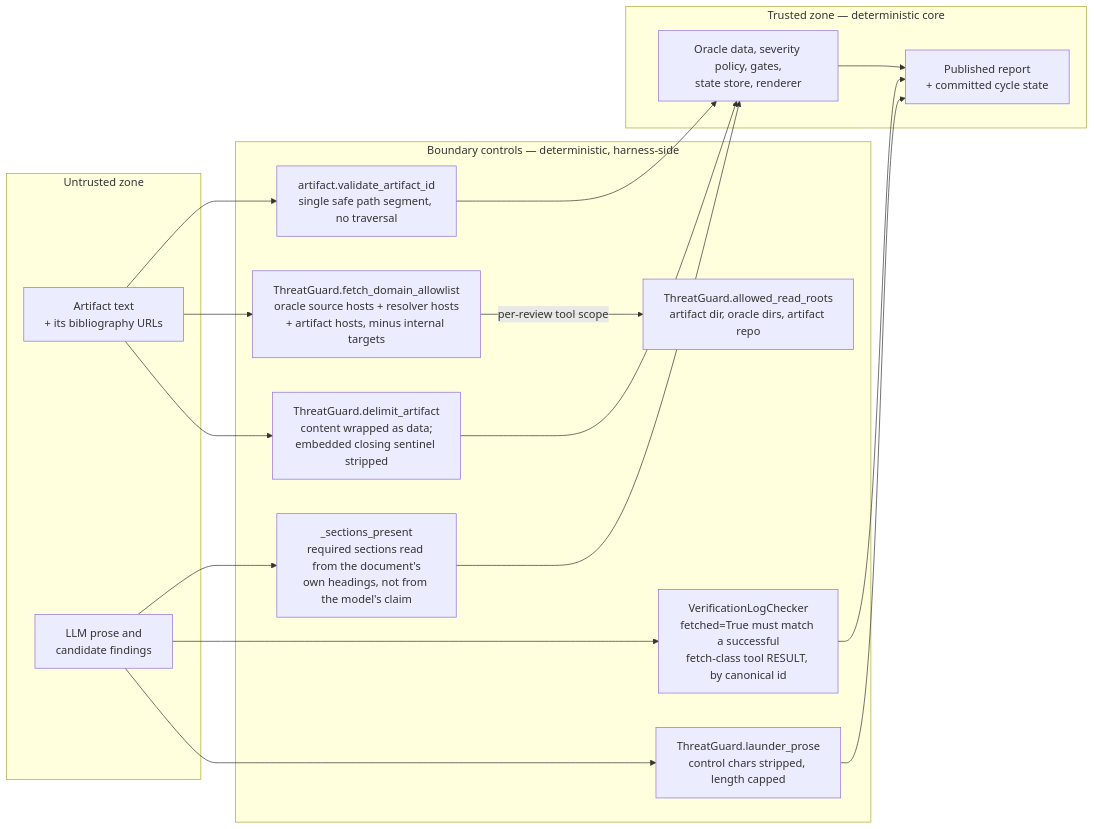
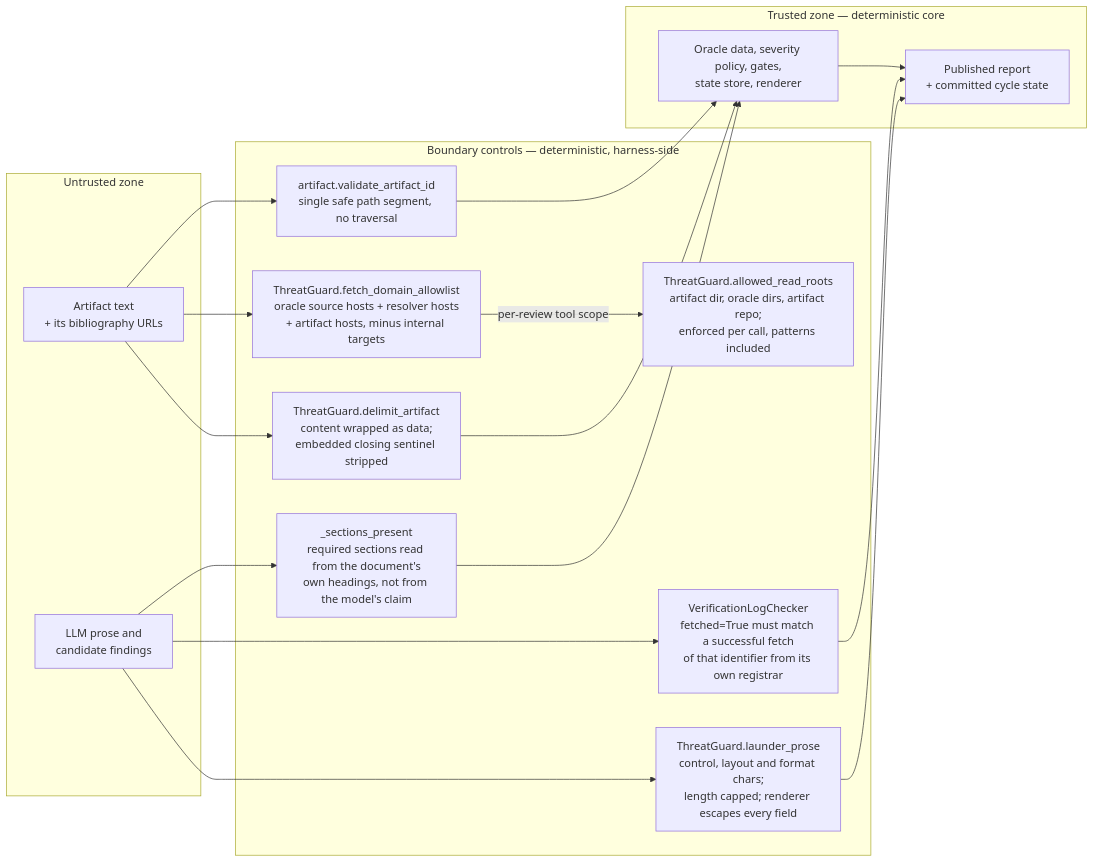
Before and after one commit to ianshank/Creative-agent-: the sixth of 6 diagrams in docs/architecture.md, drawn with Mermaid. The commit also changed other lines of this file and 1 other file, not shown here.

````diff
--- a/docs/architecture.md
+++ b/docs/architecture.md
@@ -419,31 +469,31 @@
 ```mermaid
 flowchart LR
     subgraph untrusted["Untrusted zone"]
         art["Artifact text<br/>+ its bibliography URLs"]
         modelout["LLM prose and<br/>candidate findings"]
     end
 
     subgraph boundary["Boundary controls — deterministic, harness-side"]
         delimit["ThreatGuard.delimit_artifact<br/>content wrapped as data;<br/>embedded closing sentinel stripped"]
         allow["ThreatGuard.fetch_domain_allowlist<br/>oracle source hosts + resolver hosts<br/>+ artifact hosts, minus internal targets"]
-        roots["ThreatGuard.allowed_read_roots<br/>artifact dir, oracle dirs, artifact repo"]
+        roots["ThreatGuard.allowed_read_roots<br/>artifact dir, oracle dirs, artifact repo;<br/>enforced per call, patterns included"]
         idcheck["artifact.validate_artifact_id<br/>single safe path segment, no traversal"]
-        launder["ThreatGuard.launder_prose<br/>control chars stripped, length capped"]
-        honesty["VerificationLogChecker<br/>fetched=True must match a successful<br/>fetch-class tool RESULT, by canonical id"]
+        launder["ThreatGuard.launder_prose<br/>control, layout and format chars;<br/>length capped; renderer escapes every field"]
+        honesty["VerificationLogChecker<br/>fetched=True must match a successful fetch<br/>of that identifier from its own registrar"]
         sections["_sections_present<br/>required sections read from the document's<br/>own headings, not from the model's claim"]
     end
 
     subgraph trusted["Trusted zone — deterministic core"]
         checkers["Oracle data, severity policy, gates,<br/>state store, renderer"]
         report["Published report<br/>+ committed cycle state"]
     end
 
     art --> delimit --> checkers
     art --> allow
     art --> idcheck --> checkers
     modelout --> launder --> report
     modelout --> honesty --> report
     modelout --> sections --> checkers
     allow -->|"per-review tool scope"| roots
     checkers --> report
 ```
````
